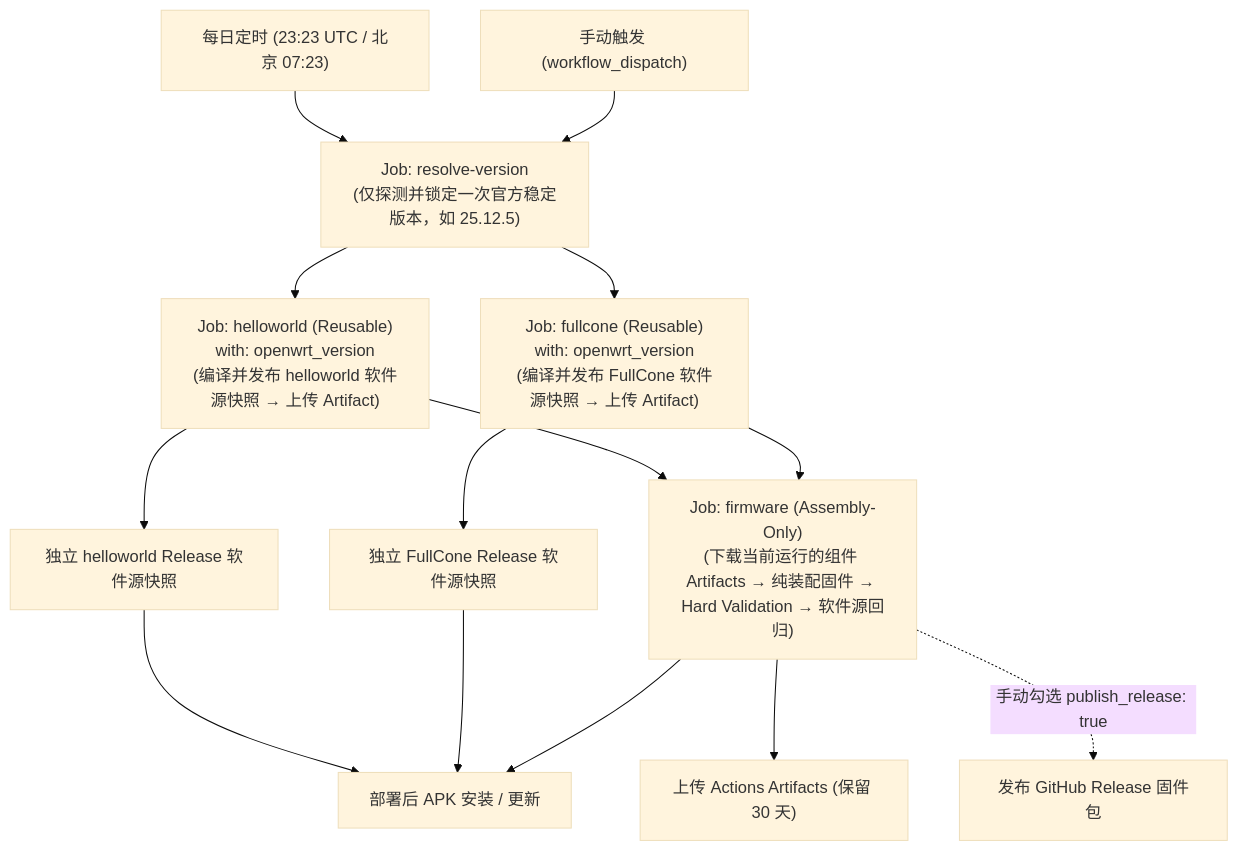
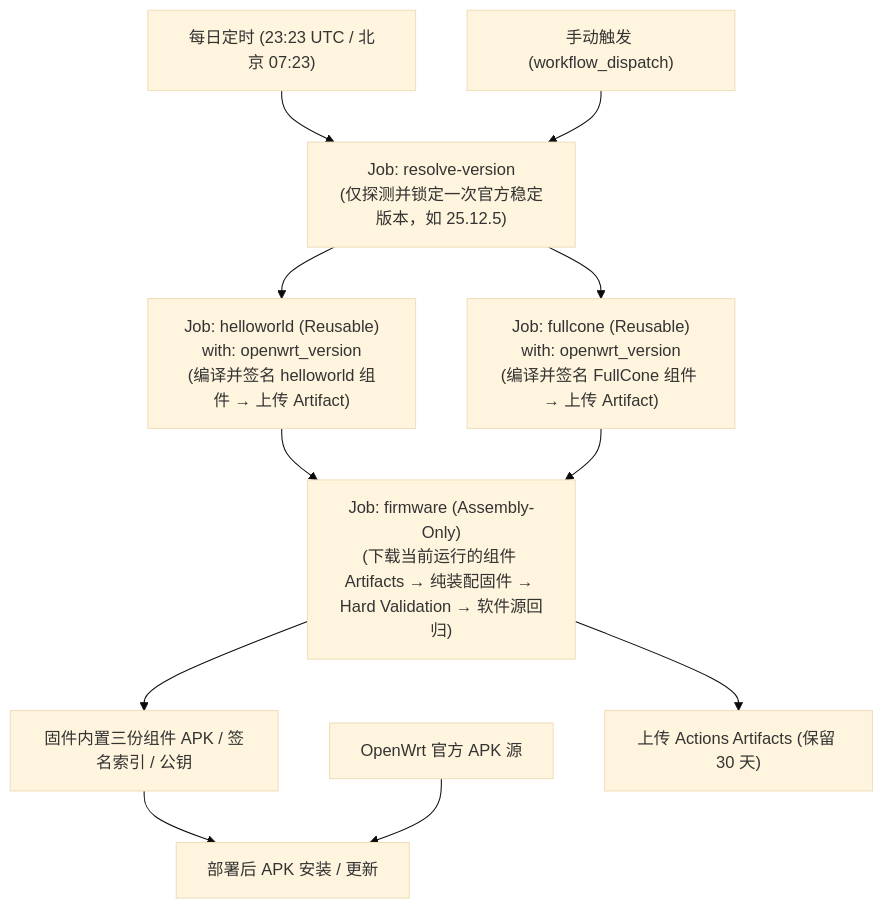
Before and after one commit to EluneAdore/openwrt-imagebuilder-ci: the diagram in README.md, drawn with Mermaid (base theme). The commit also changed other lines of this file and 10 other files, not shown here.

First line of the commit message:
Refactor custom APK feed tests for embedded assets and remove GitHub mock dependencies

````diff
--- a/README.md
+++ b/README.md
@@ -44,19 +44,15 @@
 ```mermaid
 flowchart TD
     schedule["每日定时 (23:23 UTC / 北京 07:23)"] --> resolve["Job: resolve-version<br/>(仅探测并锁定一次官方稳定版本，如 25.12.5)"]
     dispatch["手动触发 (workflow_dispatch)"] --> resolve
 
-    resolve --> helloworld["Job: helloworld (Reusable)<br/>with: openwrt_version<br/>(编译并发布 helloworld 软件源快照 → 上传 Artifact)"]
-    resolve --> fullcone["Job: fullcone (Reusable)<br/>with: openwrt_version<br/>(编译并发布 FullCone 软件源快照 → 上传 Artifact)"]
+    resolve --> helloworld["Job: helloworld (Reusable)<br/>with: openwrt_version<br/>(编译并签名 helloworld 组件 → 上传 Artifact)"]
+    resolve --> fullcone["Job: fullcone (Reusable)<br/>with: openwrt_version<br/>(编译并签名 FullCone 组件 → 上传 Artifact)"]
 
     helloworld --> firmware["Job: firmware (Assembly-Only)<br/>(下载当前运行的组件 Artifacts → 纯装配固件 → Hard Validation → 软件源回归)"]
     fullcone --> firmware
-    helloworld --> hwfeed["独立 helloworld Release 软件源快照"]
-    fullcone --> fcfeed["独立 FullCone Release 软件源快照"]
-    hwfeed --> runtime["部署后 APK 安装 / 更新"]
-    fcfeed --> runtime
-    firmware --> runtime
-
+    firmware --> embedded["固件内置三份组件 APK / 签名索引 / 公钥"]
+    embedded --> runtime["部署后 APK 安装 / 更新"]
+    official["OpenWrt 官方 APK 源"] --> runtime
     firmware --> artifacts["上传 Actions Artifacts (保留 30 天)"]
-    firmware -.->|"手动勾选 publish_release: true"| release["发布 GitHub Release 固件包"]
 ```
````
